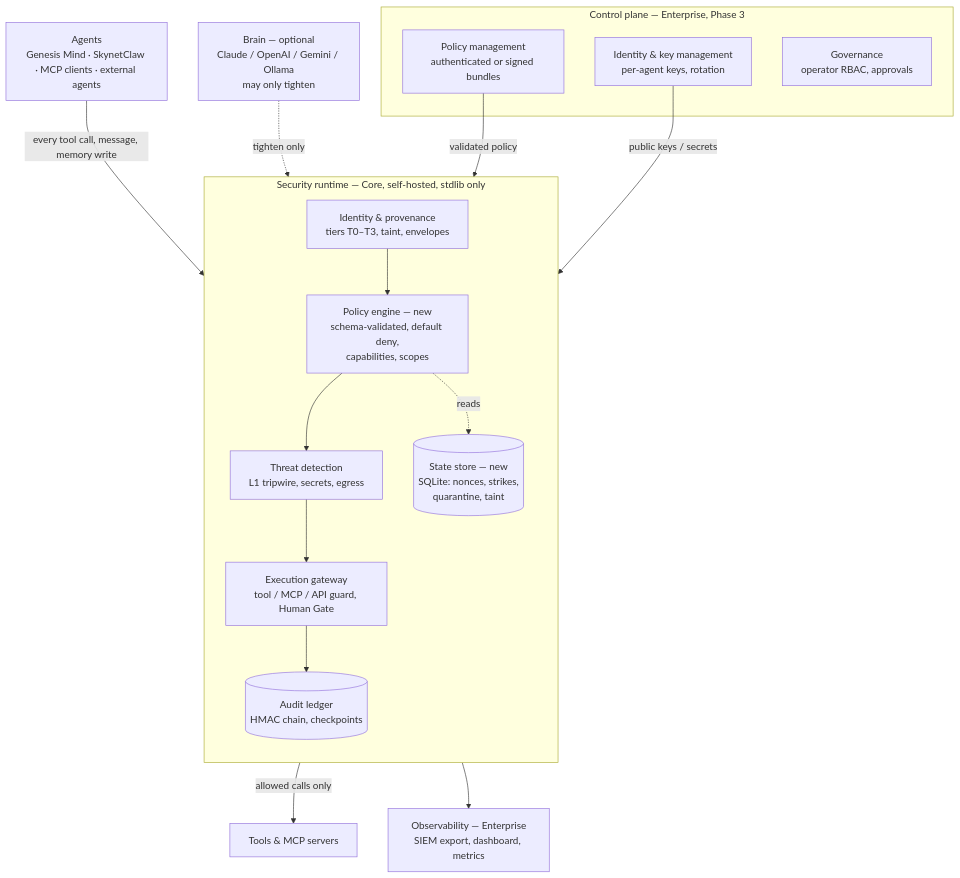
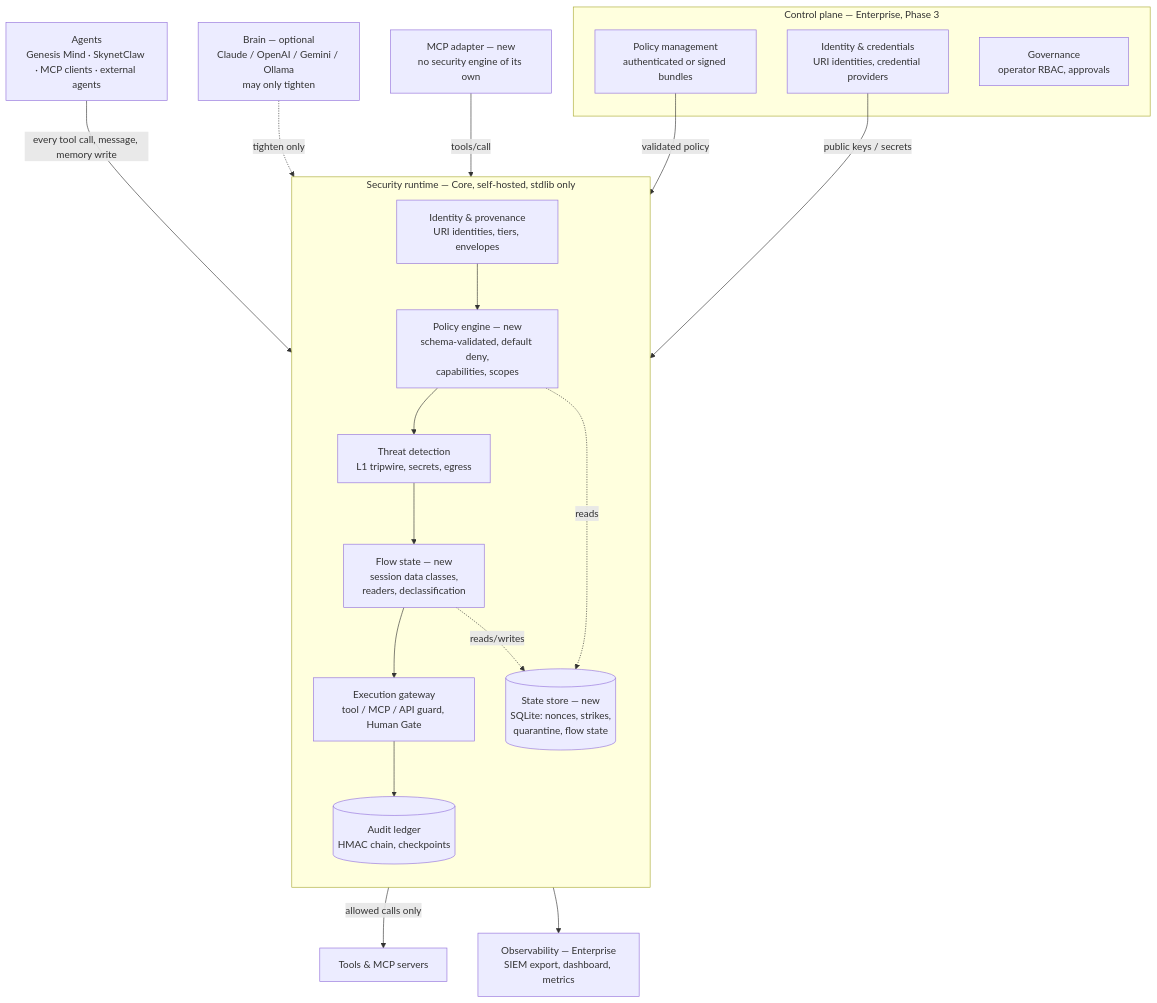
Before and after one commit to ElmatadorZ/Genesis-security: the diagram in docs/product/architecture.md, drawn with Mermaid. The commit also changed other lines of this file and 9 other files, not shown here.

First line of the commit message:
Docs: ADR-0009 Gate+Flow, ADR-0005 identity split, evaluation plan (review round 2)

````diff
--- a/docs/product/architecture.md
+++ b/docs/product/architecture.md
@@ -5,33 +5,37 @@
 ```mermaid
 flowchart TB
   subgraph CP[Control plane — Enterprise, Phase 3]
     PM[Policy management<br/>authenticated or signed bundles]
-    IDM[Identity & key management<br/>per-agent keys, rotation]
+    IDM[Identity & credentials<br/>URI identities, credential providers]
     GOV[Governance<br/>operator RBAC, approvals]
   end
 
   subgraph RT[Security runtime — Core, self-hosted, stdlib only]
     direction TB
-    PROV[Identity & provenance<br/>tiers T0–T3, taint, envelopes]
+    PROV[Identity & provenance<br/>URI identities, tiers, envelopes]
     POL[Policy engine — new<br/>schema-validated, default deny,<br/>capabilities, scopes]
     DET[Threat detection<br/>L1 tripwire, secrets, egress]
     GW[Execution gateway<br/>tool / MCP / API guard, Human Gate]
-    ST[(State store — new<br/>SQLite: nonces, strikes,<br/>quarantine, taint)]
+    FLOW[Flow state — new<br/>session data classes,<br/>readers, declassification]
+    ST[(State store — new<br/>SQLite: nonces, strikes,<br/>quarantine, flow state)]
     LED[(Audit ledger<br/>HMAC chain, checkpoints)]
-    PROV --> POL --> DET --> GW
+    PROV --> POL --> DET --> FLOW --> GW
     POL -.reads.-> ST
+    FLOW -.reads/writes.-> ST
     GW --> LED
   end
 
   BR[Brain — optional<br/>Claude / OpenAI / Gemini / Ollama<br/>may only tighten]
   AG[Agents<br/>Genesis Mind · SkynetClaw · MCP clients · external agents]
+  MCPA[MCP adapter — new<br/>no security engine of its own]
   TOOLS[Tools & MCP servers]
   OBS[Observability — Enterprise<br/>SIEM export, dashboard, metrics]
 
   AG -- every tool call, message, memory write --> PROV
   BR -. tighten only .-> GW
   GW -- allowed calls only --> TOOLS
+  MCPA -- tools/call --> GW
   PM -- validated policy --> POL
   IDM -- public keys / secrets --> PROV
   LED --> OBS
 ```
````
